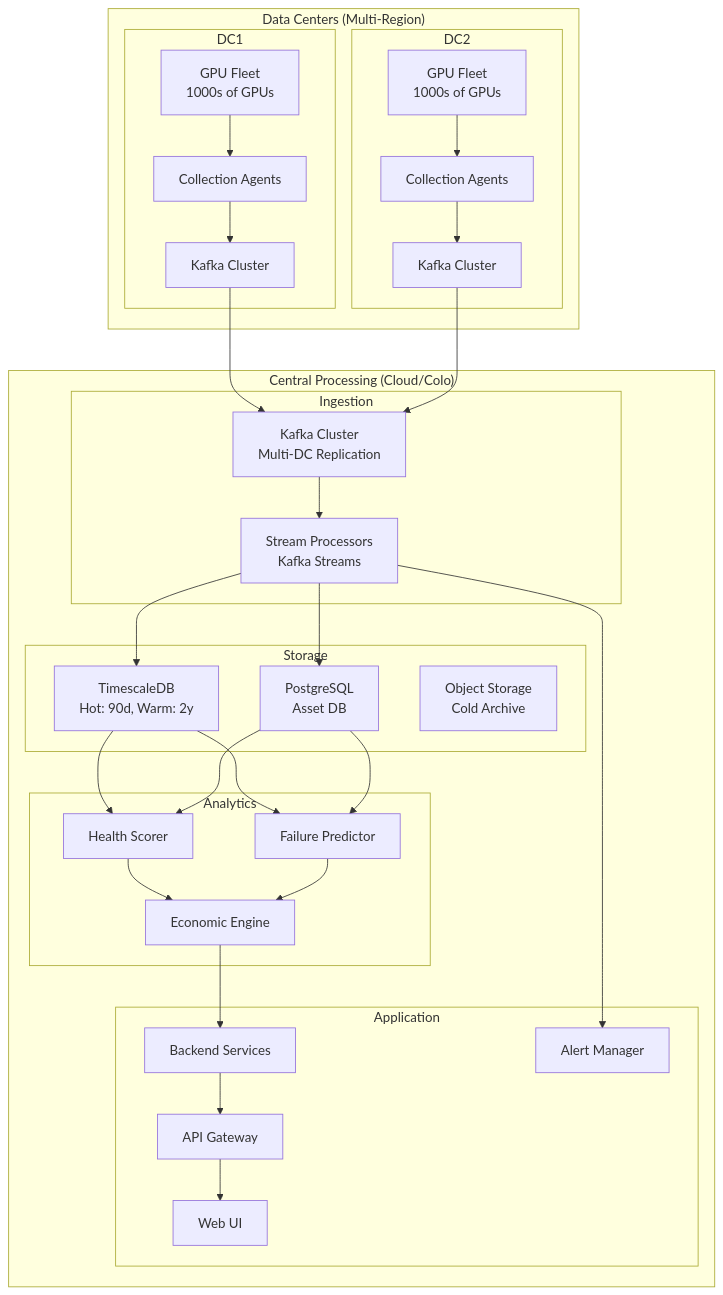
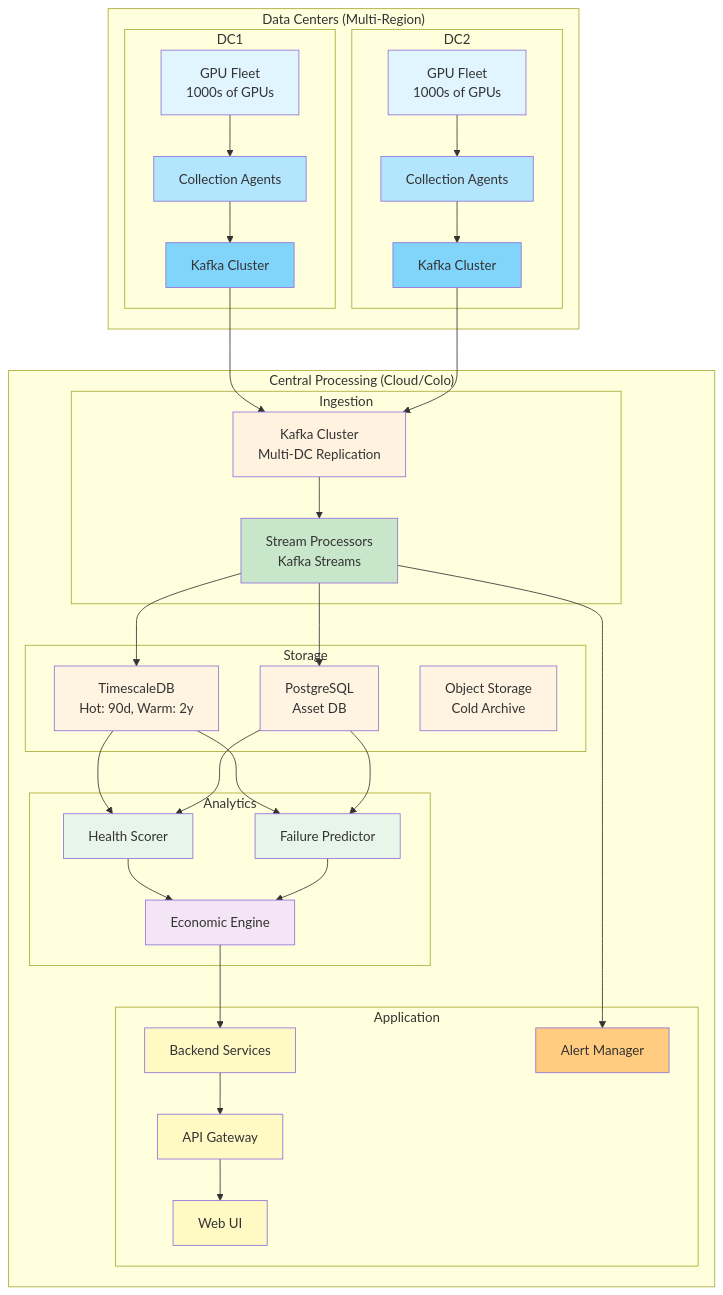
Before and after one commit to SolidRegardless/gpu-health-monitor: the tenth of 12 diagrams in gpu-health-system-architecture.md, drawn with Mermaid. The commit also changed other lines of this file, not shown here.

Commit message:
Add color-coded Mermaid diagrams to system architecture document

````diff
--- a/gpu-health-system-architecture.md
+++ b/gpu-health-system-architecture.md
@@ -1399,4 +1513,23 @@
     Econ --> Backend
     Backend --> API
     API --> Frontend
+    
+    style GPU1 fill:#e1f5ff
+    style GPU2 fill:#e1f5ff
+    style Agent1 fill:#b3e5fc
+    style Agent2 fill:#b3e5fc
+    style Kafka1 fill:#81d4fa
+    style Kafka2 fill:#81d4fa
+    style KafkaC fill:#fff3e0
+    style Stream fill:#c8e6c9
+    style TSDB fill:#fff4e1
+    style PG fill:#fff4e1
+    style S3 fill:#fff4e1
+    style Health fill:#e8f5e9
+    style Predict fill:#e8f5e9
+    style Econ fill:#f3e5f5
+    style API fill:#fff9c4
+    style Backend fill:#fff9c4
+    style Frontend fill:#fff9c4
+    style Alerts fill:#ffcc80
 ```
````
